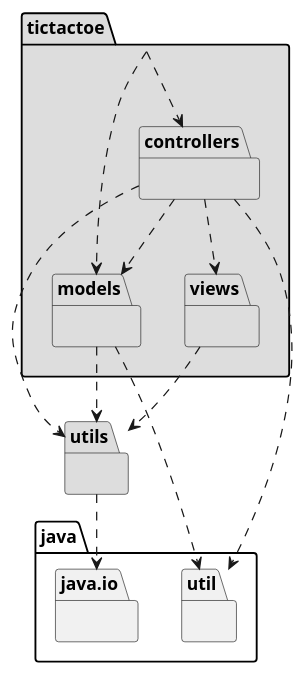
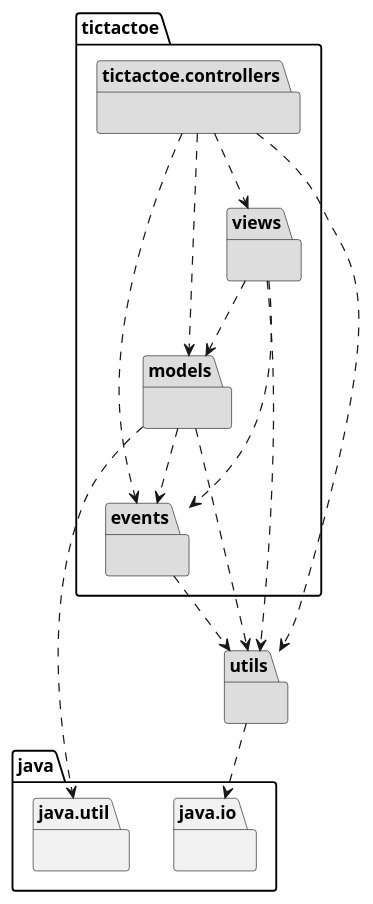
Before and after one commit to x-USantaTecla-game-ticTacToe/java: the first of 3 diagrams in docs/src/docs/asciidoc/index.adoc, drawn with PlantUML. The commit also changed other lines of this file and 30 other files, not shown here.

```diff
--- a/docs/src/docs/asciidoc/index.adoc
+++ b/docs/src/docs/asciidoc/index.adoc
@@ -30,26 +30,28 @@
-[plantuml,arquitecturaVersion16,svg]
+[plantuml,arquitecturaVersion17,svg]
 ....
-
-package tictactoe #DDDDDD { } 
-tictactoe .down.> tictactoe.models
-tictactoe .down.> tictactoe.controllers
 
 package tictactoe.controllers #DDDDDD { } 
 tictactoe.controllers .down.> tictactoe.models
 tictactoe.controllers .down.> tictactoe.views
-tictactoe.controllers .down.> java.util
+tictactoe.controllers .down.> tictactoe.events
 tictactoe.controllers .down.> utils
+
+package tictactoe.events #DDDDDD { }
+tictactoe.events .down.> utils
 
 package tictactoe.models #DDDDDD { }
 package java.util{ }
 tictactoe.models .down.> java.util
 tictactoe.models .down.> utils
+tictactoe.models .down.> tictactoe.events
 
 package utils #DDDDDD { } 
 package java.io{ }
 utils .down.> java.io
 
 package tictactoe.views #DDDDDD { } 
 tictactoe.views .down.> utils
+tictactoe.views .down.> tictactoe.models
+tictactoe.views .down.> tictactoe.events
 
 ....
```
